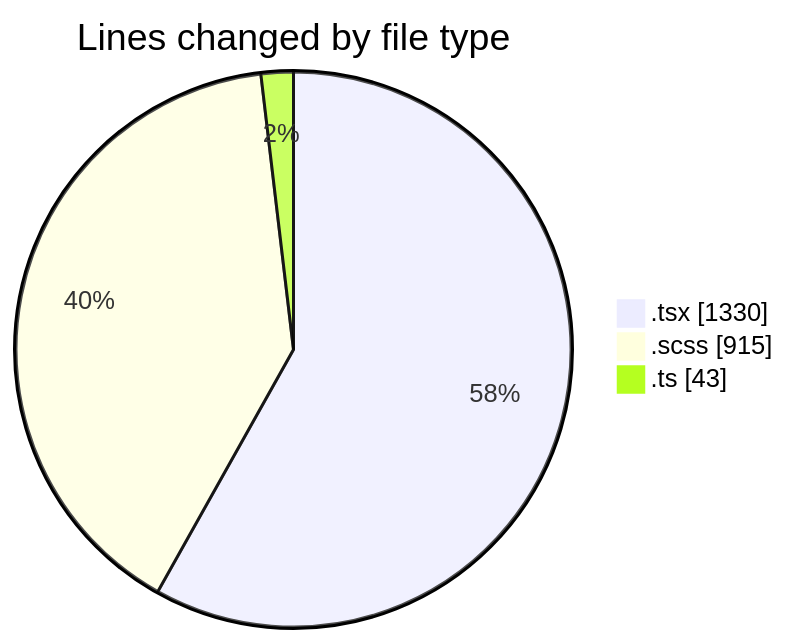
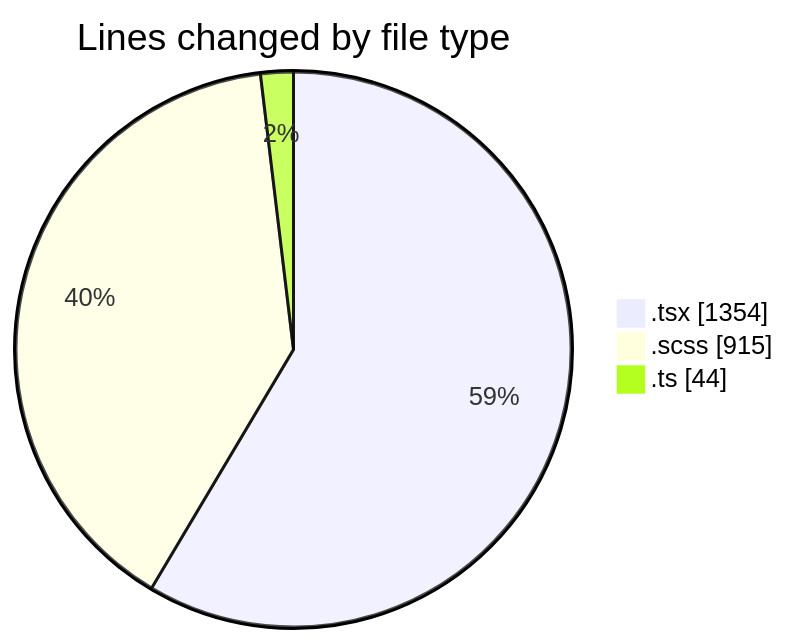
Before and after one commit to momahboobian/code-tracking: the first of 2 diagrams in 2025-03-27/cda/README.md, drawn with Mermaid. The commit also changed other lines of this file and 1 other file, not shown here.

````diff
--- a/2025-03-27/cda/README.md
+++ b/2025-03-27/cda/README.md
@@ -29,7 +29,7 @@
 ```mermaid
 pie showData
 title Lines changed by file type
-".tsx" : 1330
+".tsx" : 1354
 ".scss" : 915
-".ts" : 43
+".ts" : 44
 ```
````
